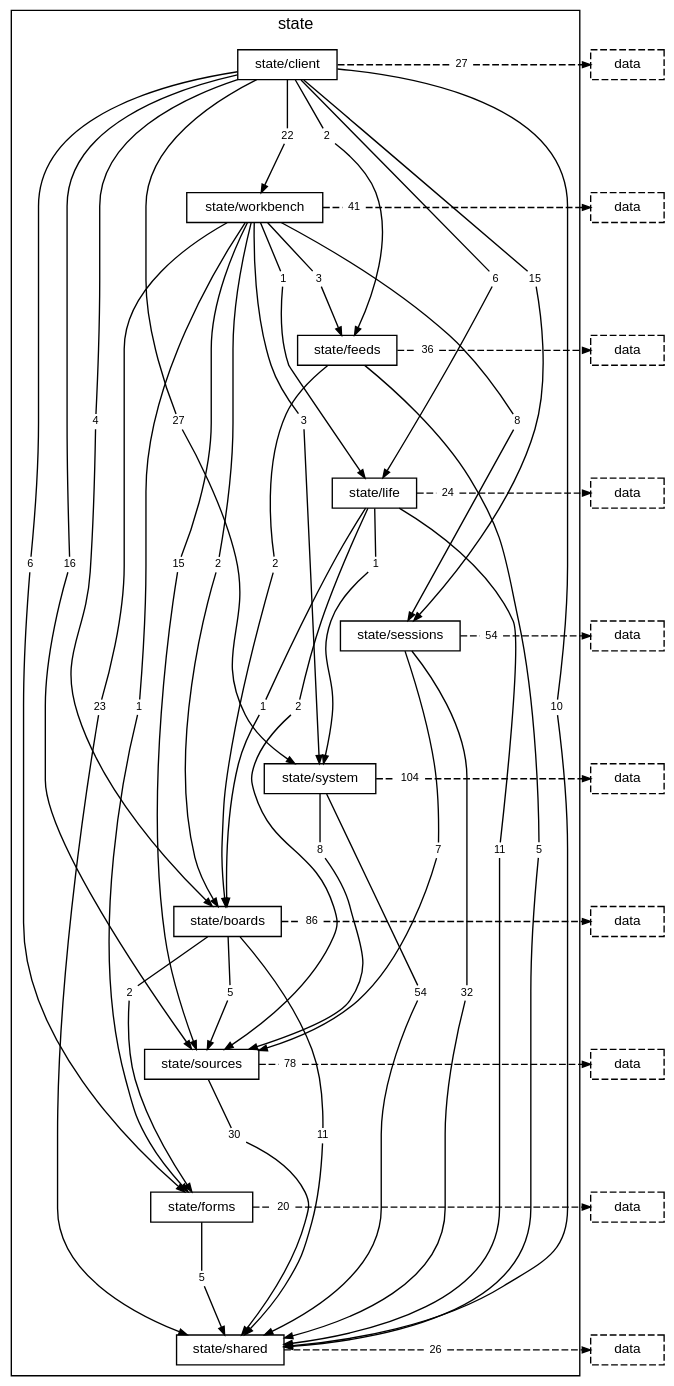
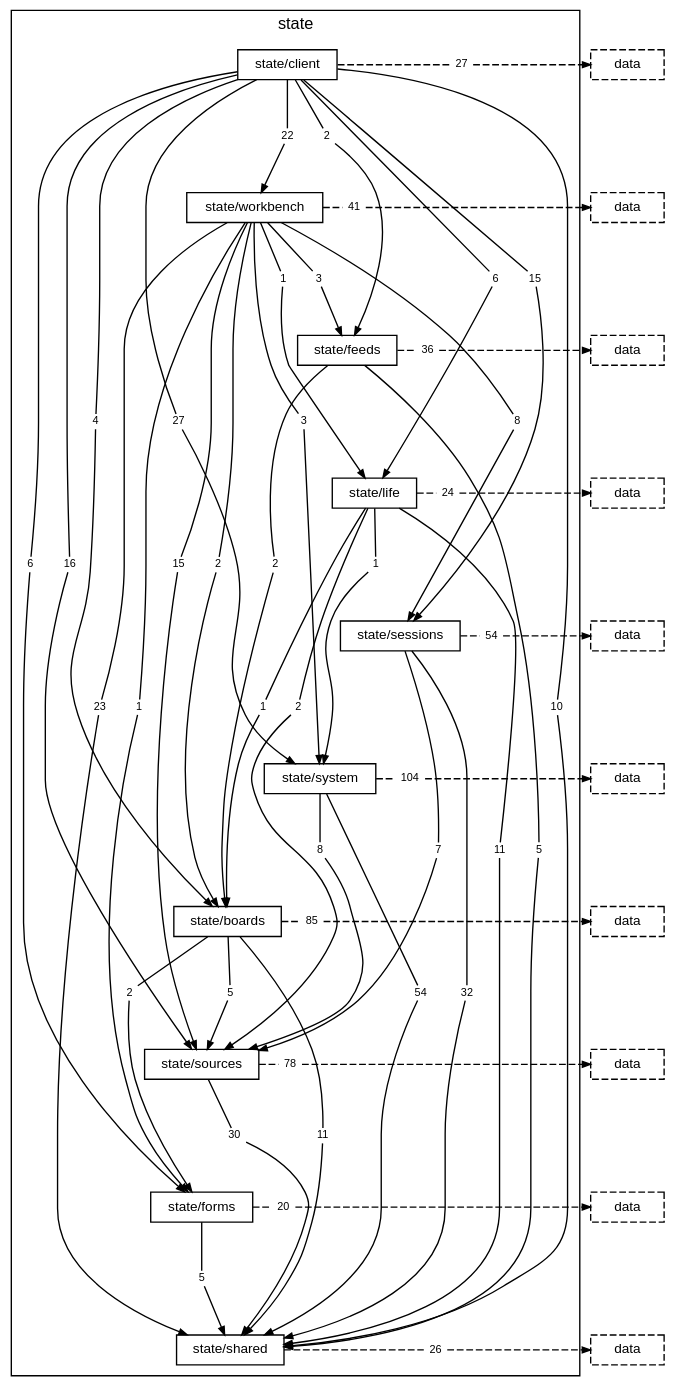
Before and after one commit to TheAxeC/oculus: the diagram in docs/diagrams/layer-state.dot, drawn with Graphviz. The commit also changed 55 other files, not shown here.

```diff
--- a/docs/diagrams/layer-state.dot
+++ b/docs/diagrams/layer-state.dot
@@ -50,7 +50,7 @@
         "folder state/boards to folder state/forms" [label="2", shape=box, color="transparent", fontsize=8, width=0, height=0, margin="0.04,0.02"];
         "folder state/boards to folder state/shared" [label="11", shape=box, color="transparent", fontsize=8, width=0, height=0, margin="0.04,0.02"];
         "folder state/boards to folder state/sources" [label="5", shape=box, color="transparent", fontsize=8, width=0, height=0, margin="0.04,0.02"];
-        "folder state/boards to layer data" [label="86", shape=box, color="transparent", fontsize=8, width=0, height=0, margin="0.04,0.02"];
+        "folder state/boards to layer data" [label="85", shape=box, color="transparent", fontsize=8, width=0, height=0, margin="0.04,0.02"];
         "folder state/sources to folder state/shared" [label="30", shape=box, color="transparent", fontsize=8, width=0, height=0, margin="0.04,0.02"];
         "folder state/sources to layer data" [label="78", shape=box, color="transparent", fontsize=8, width=0, height=0, margin="0.04,0.02"];
         "folder state/forms to folder state/shared" [label="5", shape=box, color="transparent", fontsize=8, width=0, height=0, margin="0.04,0.02"];
```
